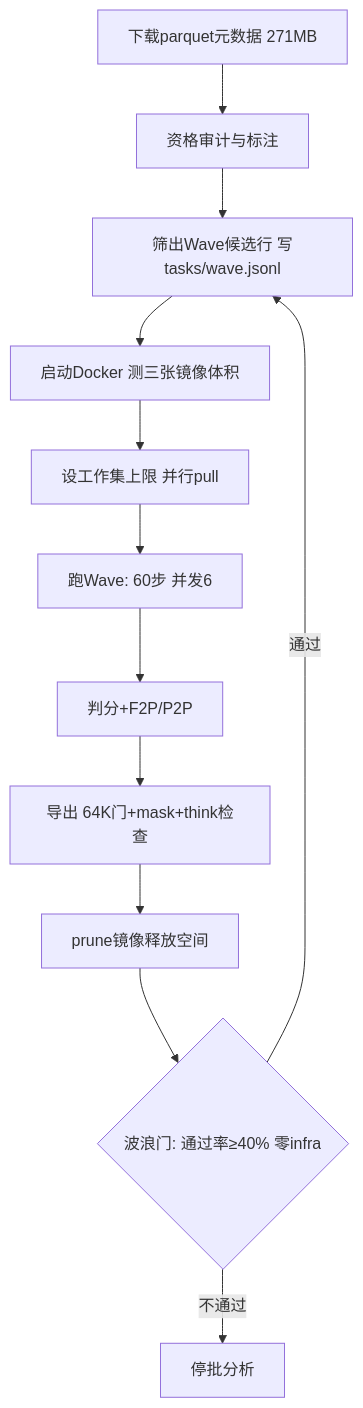
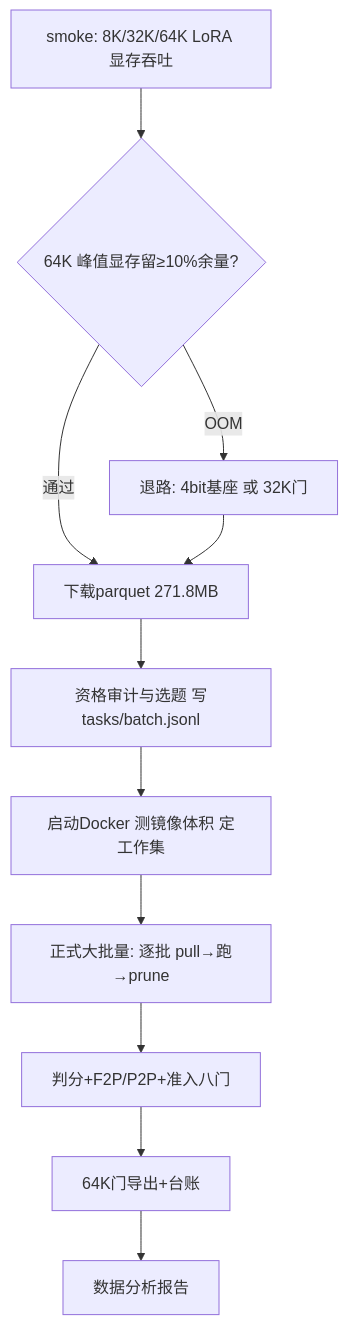
One commit to 693623649-border/swefactory_self changed the diagram in docs/工程问题/2026-10-21-原契约SWE-SFT正式生成方案-v2-64K与增量抓取.md. Above: the diagram before and after it, drawn with Mermaid. The commit also changed other lines of this file and 16 other files, not shown here.

````diff
--- a/docs/工程问题/2026-10-21-原契约SWE-SFT正式生成方案-v2-64K与增量抓取.md
+++ b/docs/工程问题/2026-10-21-原契约SWE-SFT正式生成方案-v2-64K与增量抓取.md
@@ -85,14 +89,13 @@
 ```mermaid
 flowchart TD
-    A[下载parquet元数据 271MB] --> B[资格审计与标注]
-    B --> C[筛出Wave候选行 写tasks/wave.jsonl]
-    C --> D[启动Docker 测三张镜像体积]
-    D --> E[设工作集上限 并行pull]
-    E --> F[跑Wave: 60步 并发6]
-    F --> G[判分+F2P/P2P]
-    G --> H[导出 64K门+mask+think检查]
-    H --> I[prune镜像释放空间]
-    I --> J{波浪门: 通过率≥40% 零infra}
-    J -->|通过| C
-    J -->|不通过| K[停批分析]
+    A[smoke: 8K/32K/64K LoRA 显存吞吐] --> B{64K 峰值显存留≥10%余量?}
+    B -->|通过| C[下载parquet 271.8MB]
+    B -->|OOM| F[退路: 4bit基座 或 32K门]
+    F --> C
+    C --> D[资格审计与选题 写tasks/batch.jsonl]
+    D --> E[启动Docker 测镜像体积 定工作集]
+    E --> G[正式大批量: 逐批 pull→跑→prune]
+    G --> H[判分+F2P/P2P+准入八门]
+    H --> I[64K门导出+台账]
+    I --> J[数据分析报告]
 ```
````
